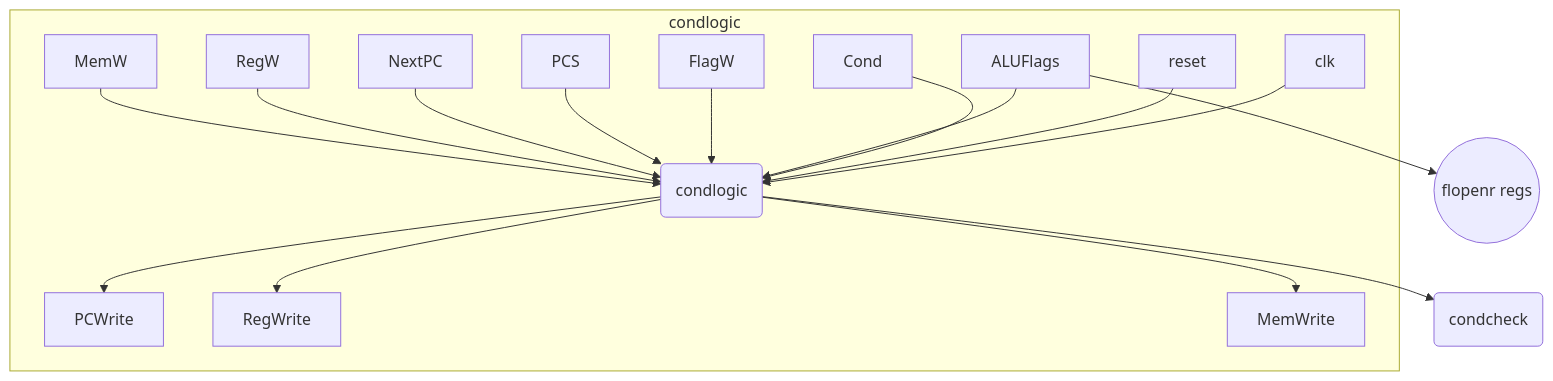
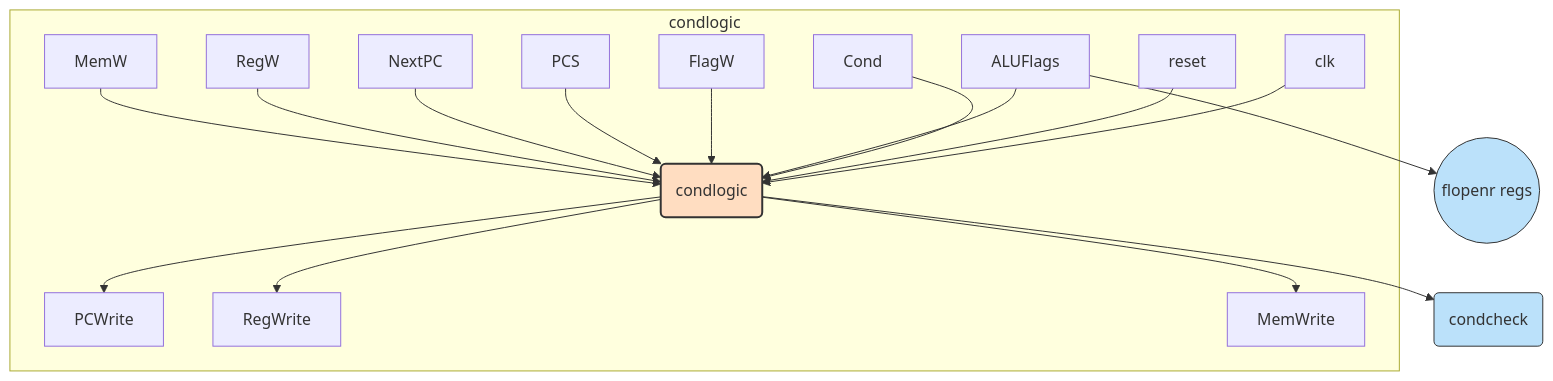
The diagram in docs/module_diagrams/condlogic.md (granitespinoza/arqui), drawn with Mermaid before and after one commit. The commit also changed 18 other files, not shown here.

Commit message:
Improve module diagrams with colors

````diff
--- a/docs/module_diagrams/condlogic.md
+++ b/docs/module_diagrams/condlogic.md
@@ -3,20 +3,24 @@
 ```mermaid
 flowchart TD
+    classDef main fill:#FFDDC1,stroke:#333,stroke-width:2px
+    classDef sub fill:#BBE1FA,stroke:#333
     subgraph condlogic
         clk --> cl
         reset --> cl
         Cond --> cl
         ALUFlags --> cl
         FlagW --> cl
         PCS --> cl
         NextPC --> cl
         RegW --> cl
         MemW --> cl
         cl(condlogic)
         cl --> PCWrite
         cl --> RegWrite
         cl --> MemWrite
     end
     cl --> condcheck_sub(condcheck)
     ALUFlags --> flags_regs((flopenr regs))
+    class cl main
+    class condcheck_sub,flags_regs sub
 ```
````
